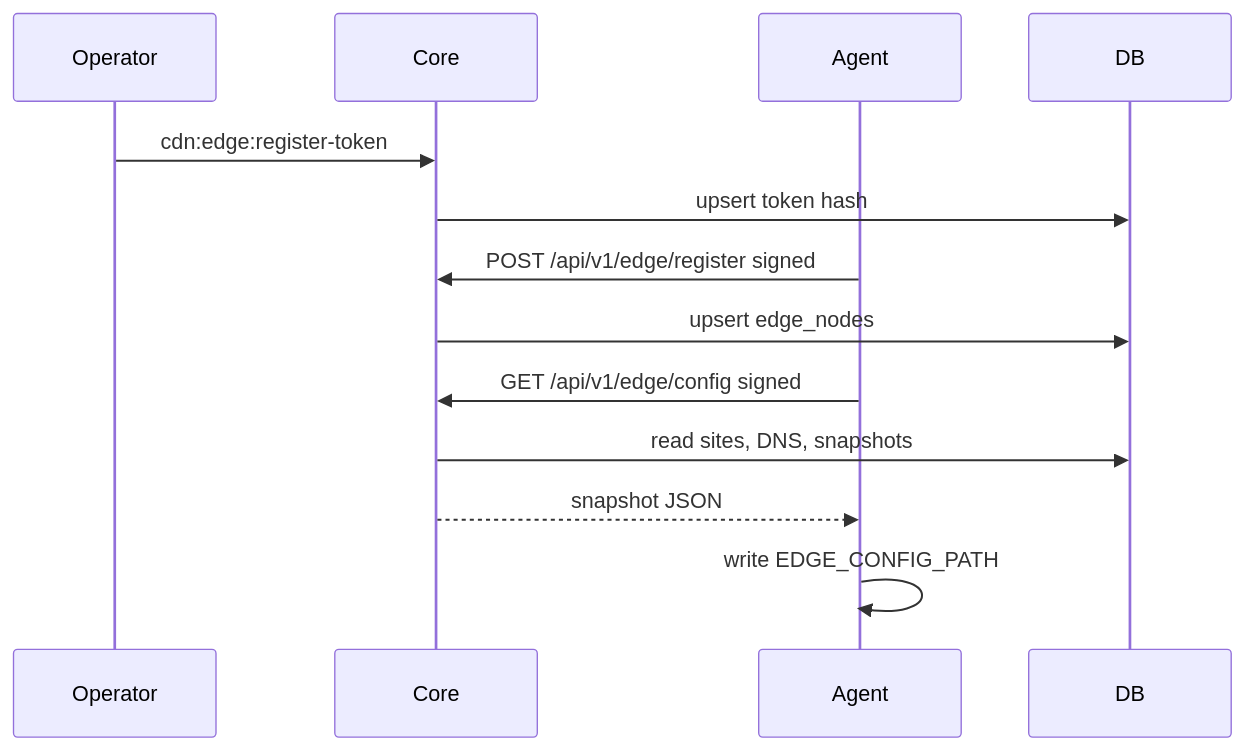
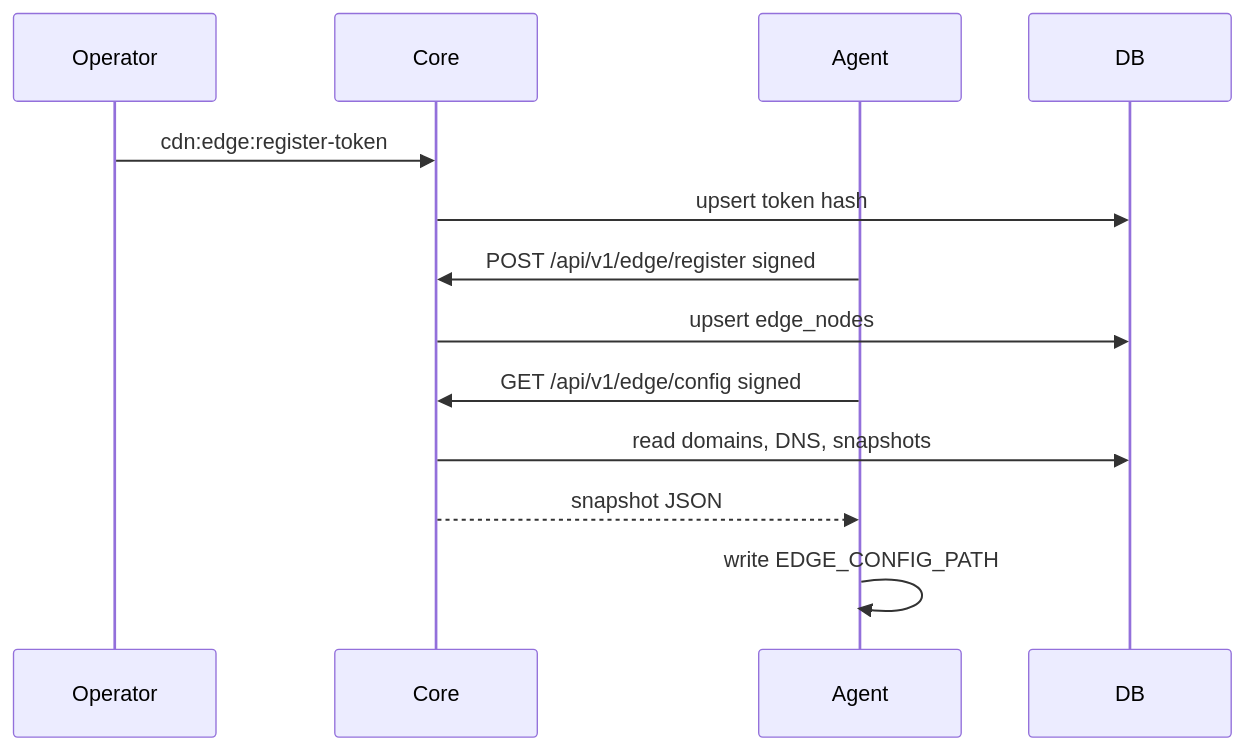
The third of 4 diagrams in docs/architecture.md (vaheed/CDNLite), drawn with Mermaid before and after one commit. The commit also changed 118 other files, not shown here.

````diff
--- a/docs/architecture.md
+++ b/docs/architecture.md
@@ -42,15 +42,15 @@
 ```mermaid
 sequenceDiagram
   participant Operator
   participant Core
   participant Agent
   participant DB
   Operator->>Core: cdn:edge:register-token
   Core->>DB: upsert token hash
   Agent->>Core: POST /api/v1/edge/register signed
   Core->>DB: upsert edge_nodes
   Agent->>Core: GET /api/v1/edge/config signed
-  Core->>DB: read sites, DNS, snapshots
+  Core->>DB: read domains, DNS, snapshots
   Core-->>Agent: snapshot JSON
   Agent->>Agent: write EDGE_CONFIG_PATH
 ```
````
